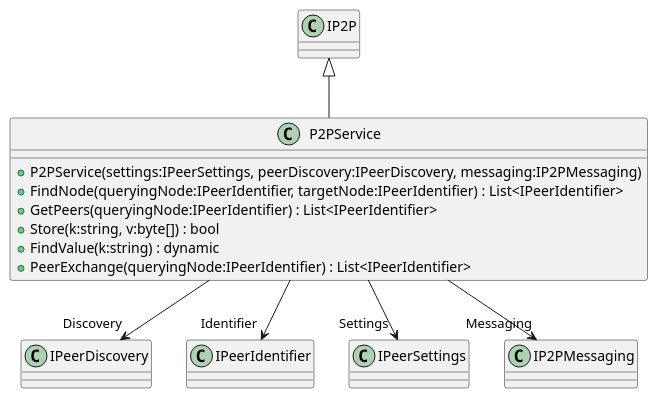
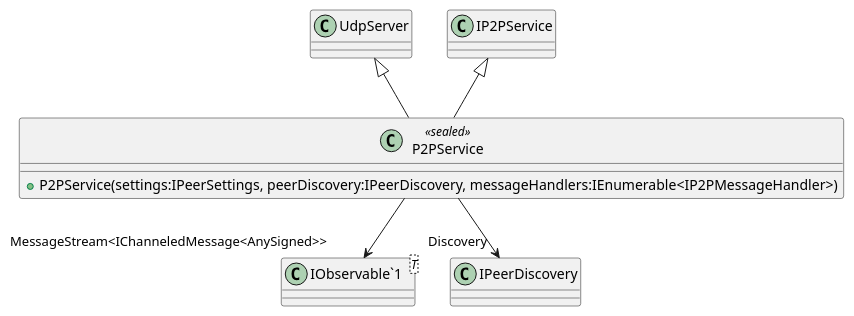
Before and after one commit to catalyst-network/Catalyst: the diagram in Documentation/UML/Catalyst.Node.Core/P2P/P2PService.puml, drawn with PlantUML. The commit also changed 285 other files, not shown here.

Commit message:
update uml

```diff
--- a/Documentation/UML/Catalyst.Node.Core/P2P/P2PService.puml
+++ b/Documentation/UML/Catalyst.Node.Core/P2P/P2PService.puml
@@ -1,15 +1,11 @@
 @startuml
-class P2PService {
-    + P2PService(settings:IPeerSettings, peerDiscovery:IPeerDiscovery, messaging:IP2PMessaging)
-    + FindNode(queryingNode:IPeerIdentifier, targetNode:IPeerIdentifier) : List<IPeerIdentifier>
-    + GetPeers(queryingNode:IPeerIdentifier) : List<IPeerIdentifier>
-    + Store(k:string, v:byte[]) : bool
-    + FindValue(k:string) : dynamic
-    + PeerExchange(queryingNode:IPeerIdentifier) : List<IPeerIdentifier>
+class P2PService <<sealed>> {
+    + P2PService(settings:IPeerSettings, peerDiscovery:IPeerDiscovery, messageHandlers:IEnumerable<IP2PMessageHandler>)
 }
-IP2P <|-- P2PService
+class "IObservable`1"<T> {
+}
+UdpServer <|-- P2PService
+IP2PService <|-- P2PService
 P2PService --> "Discovery" IPeerDiscovery
-P2PService --> "Identifier" IPeerIdentifier
-P2PService --> "Settings" IPeerSettings
-P2PService --> "Messaging" IP2PMessaging
+P2PService --> "MessageStream<IChanneledMessage<AnySigned>>" "IObservable`1"
 @enduml
```
